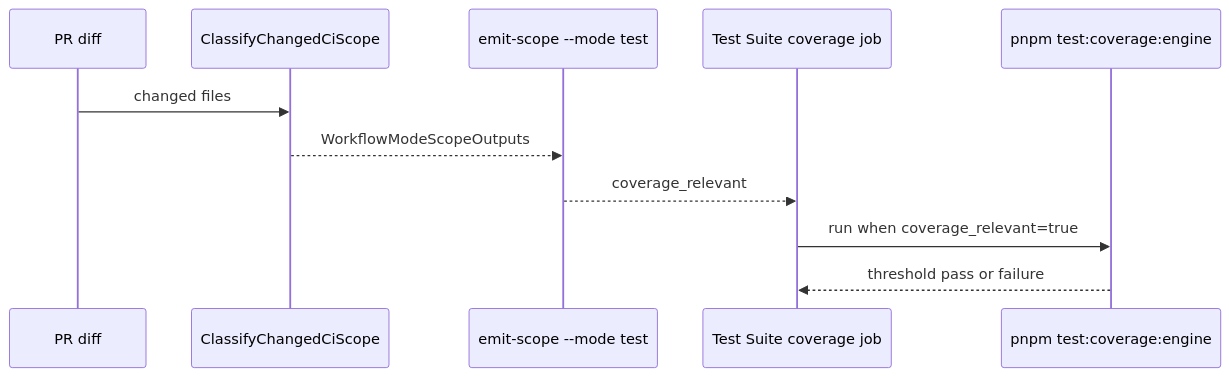
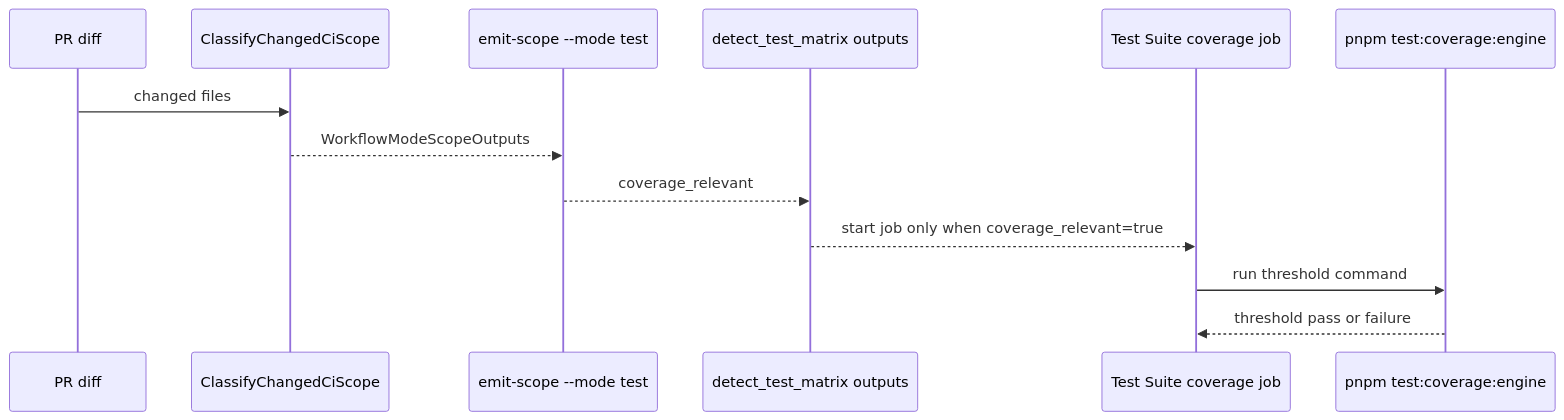
Before and after one commit to dunay2/dvt: the second of 2 diagrams in docs/architecture/components/ci-governance/engine-coverage-scope-gate-component.md, drawn with Mermaid. The commit also changed other lines of this file and 4 other files, not shown here.

````diff
--- a/docs/architecture/components/ci-governance/engine-coverage-scope-gate-component.md
+++ b/docs/architecture/components/ci-governance/engine-coverage-scope-gate-component.md
@@ -105,14 +108,16 @@
 ```mermaid
 sequenceDiagram
     participant PR as PR diff
     participant Scope as ClassifyChangedCiScope
     participant Emit as emit-scope --mode test
+    participant Detect as detect_test_matrix outputs
     participant Workflow as Test Suite coverage job
     participant Coverage as pnpm test:coverage:engine
 
     PR->>Scope: changed files
     Scope-->>Emit: WorkflowModeScopeOutputs
-    Emit-->>Workflow: coverage_relevant
-    Workflow->>Coverage: run when coverage_relevant=true
+    Emit-->>Detect: coverage_relevant
+    Detect-->>Workflow: start job only when coverage_relevant=true
+    Workflow->>Coverage: run threshold command
     Coverage-->>Workflow: threshold pass or failure
 ```
````
